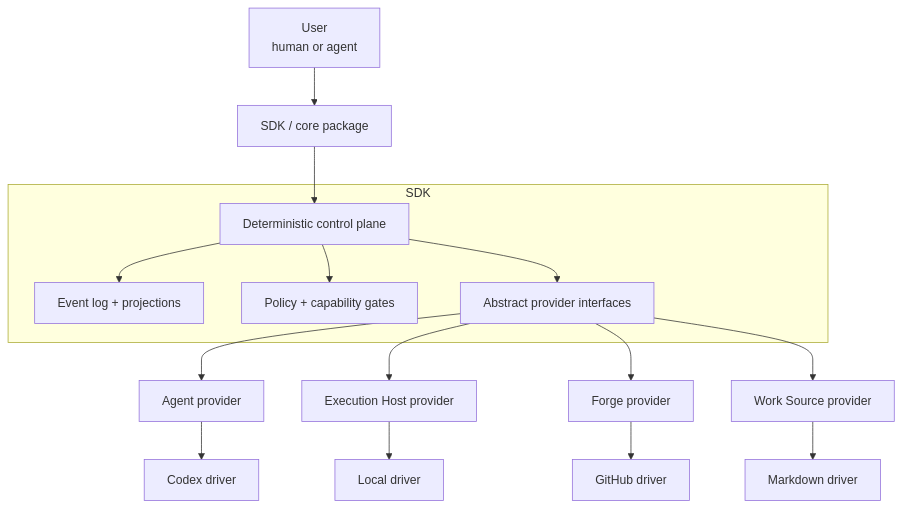
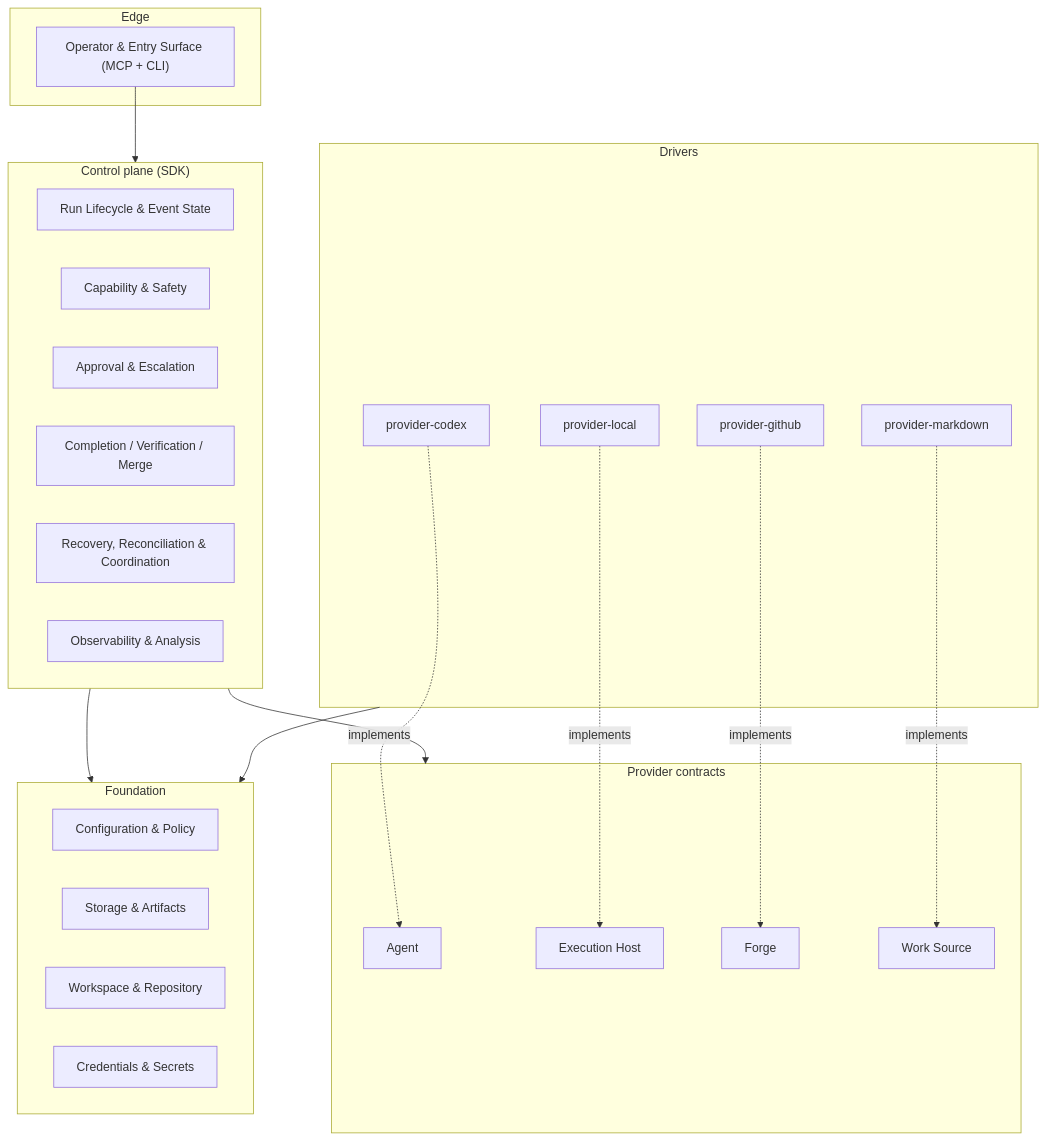
The diagram in docs/design/10-architecture/README.md (aryeko/agentic-workflow-kit), drawn with Mermaid before and after one commit. The commit also changed other lines of this file and 46 other files, not shown here.

````diff
--- a/docs/design/10-architecture/README.md
+++ b/docs/design/10-architecture/README.md
@@ -22,26 +30,33 @@
 ```mermaid
 flowchart TB
-  User["User<br/>human or agent"] --> SDK["SDK / core package"]
-
-  subgraph SDKBox["SDK"]
-    Core["Deterministic control plane"]
-    State["Event log + projections"]
-    Gates["Policy + capability gates"]
-    Interfaces["Abstract provider interfaces"]
+  subgraph EDGE["Edge"]
+    OP["Operator & Entry Surface (MCP + CLI)"]
   end
-
-  SDK --> Core
-  Core --> State
-  Core --> Gates
-  Core --> Interfaces
-
-  Interfaces --> Agent["Agent provider"]
-  Interfaces --> Host["Execution Host provider"]
-  Interfaces --> Forge["Forge provider"]
-  Interfaces --> Work["Work Source provider"]
-
-  Agent --> Codex["Codex driver"]
-  Host --> Local["Local driver"]
-  Forge --> GitHub["GitHub driver"]
-  Work --> Markdown["Markdown driver"]
+  subgraph CORE["Control plane (SDK)"]
+    RL["Run Lifecycle & Event State"]
+    CAP["Capability & Safety"]
+    APR["Approval & Escalation"]
+    CMP["Completion / Verification / Merge"]
+    REC["Recovery, Reconciliation & Coordination"]
+    OBS["Observability & Analysis"]
+  end
+  subgraph SEAMS["Provider contracts"]
+    AG["Agent"]; EH["Execution Host"]; FG["Forge"]; WS["Work Source"]
+  end
+  subgraph DRIVERS["Drivers"]
+    Codex["provider-codex"]; Local["provider-local"]
+    GitHub["provider-github"]; Markdown["provider-markdown"]
+  end
+  subgraph FND["Foundation"]
+    CFG["Configuration & Policy"]; STA["Storage & Artifacts"]
+    WSR["Workspace & Repository"]; CRED["Credentials & Secrets"]
+  end
+  OP --> CORE
+  CORE --> SEAMS
+  Codex -.implements.-> AG
+  Local -.implements.-> EH
+  GitHub -.implements.-> FG
+  Markdown -.implements.-> WS
+  CORE --> FND
+  DRIVERS --> FND
 ```
````
